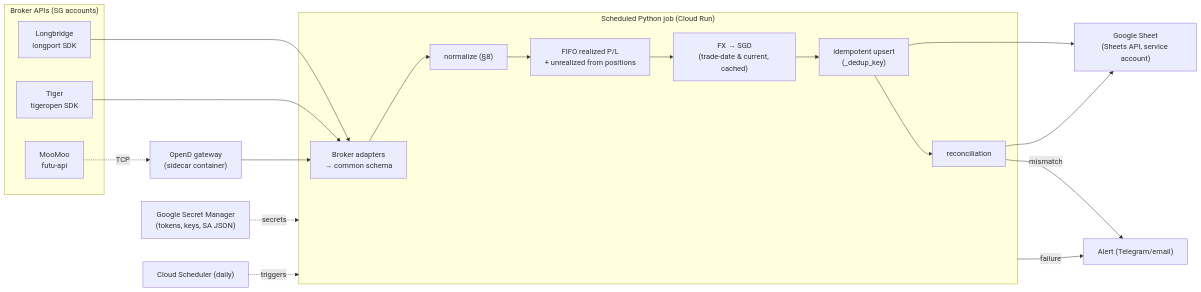
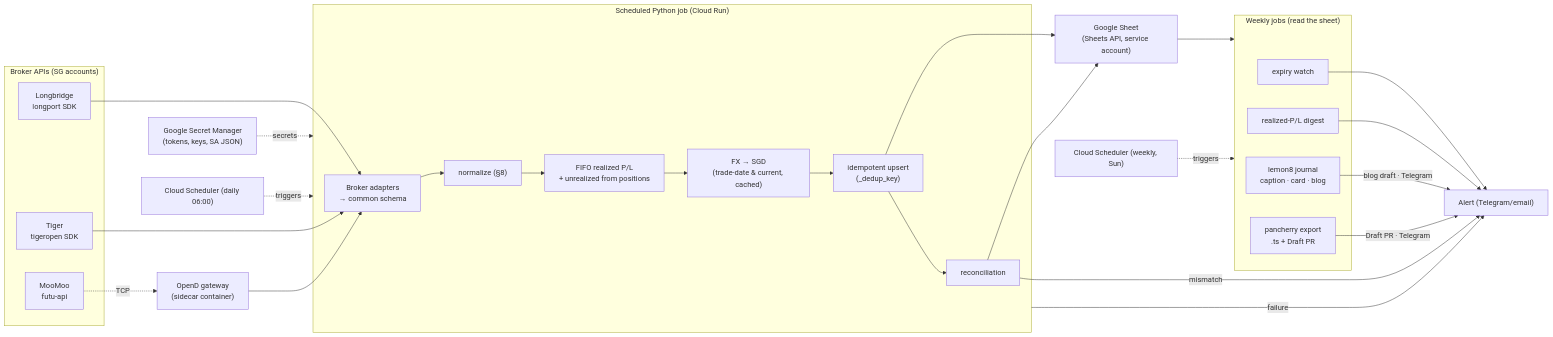
The first of 5 diagrams in README.md (leshweyeewin/broker-portfolio-sync), drawn with Mermaid before and after one commit. The commit also changed other lines of this file, not shown here.

First line of the commit message:
docs: refresh README to latest — full build status, scheduled jobs, updated diagrams

````diff
--- a/README.md
+++ b/README.md
@@ -41,35 +61,49 @@
 ```mermaid
 flowchart LR
     subgraph Brokers["Broker APIs (SG accounts)"]
         LB["Longbridge<br/>longport SDK"]
         TG["Tiger<br/>tigeropen SDK"]
         MM["MooMoo<br/>futu-api"]
     end
 
     OPEND["OpenD gateway<br/>(sidecar container)"]
     MM -. TCP .-> OPEND
 
     subgraph Job["Scheduled Python job (Cloud Run)"]
         AD["Broker adapters<br/>→ common schema"]
         NORM["normalize (§8)"]
         FIFO["FIFO realized P/L<br/>+ unrealized from positions"]
         FX["FX → SGD<br/>(trade-date & current, cached)"]
         WR["idempotent upsert<br/>(_dedup_key)"]
         REC["reconciliation"]
     end
 
     SM["Google Secret Manager<br/>(tokens, keys, SA JSON)"]
     GS["Google Sheet<br/>(Sheets API, service account)"]
     ALERT["Alert (Telegram/email)"]
 
+    subgraph Weekly["Weekly jobs (read the sheet)"]
+        WX["expiry watch"]
+        WPL["realized-P/L digest"]
+        WL8["lemon8 journal<br/>caption · card · blog"]
+        WPE["pancherry export<br/>.ts + Draft PR"]
+    end
+
     LB --> AD
     TG --> AD
     OPEND --> AD
     SM -. secrets .-> Job
     AD --> NORM --> FIFO --> FX --> WR --> GS
     WR --> REC --> GS
     REC -->|mismatch| ALERT
     Job -->|failure| ALERT
 
-    CS["Cloud Scheduler (daily)"] -.triggers.-> Job
+    GS --> Weekly
+    WX --> ALERT
+    WPL --> ALERT
+    WL8 -->|"blog draft · Telegram"| ALERT
+    WPE -->|"Draft PR · Telegram"| ALERT
+
+    CSD["Cloud Scheduler (daily 06:00)"] -.triggers.-> Job
+    CSW["Cloud Scheduler (weekly, Sun)"] -.triggers.-> Weekly
 ```
````
